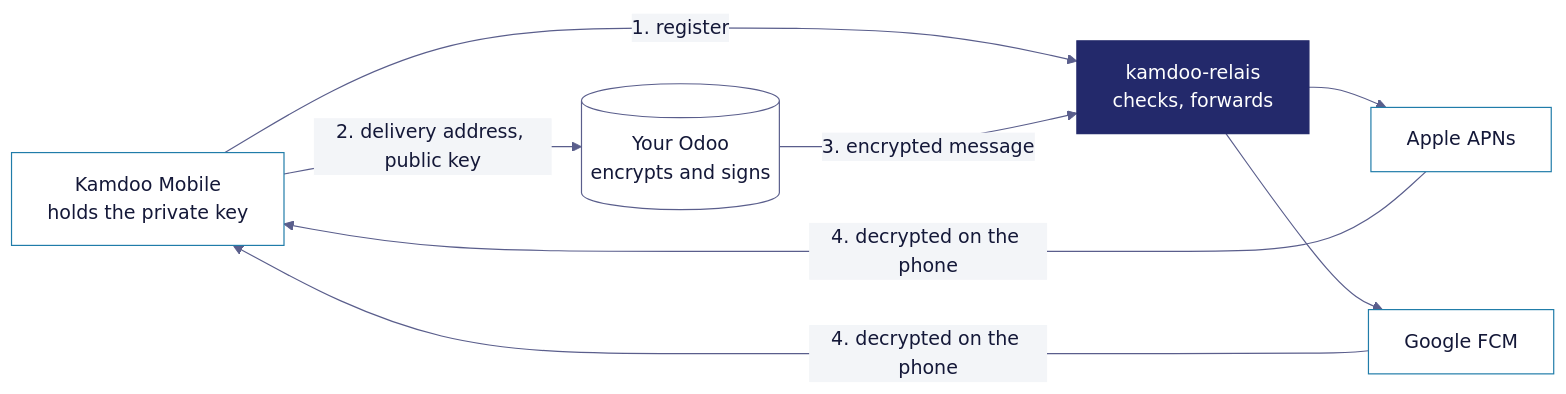
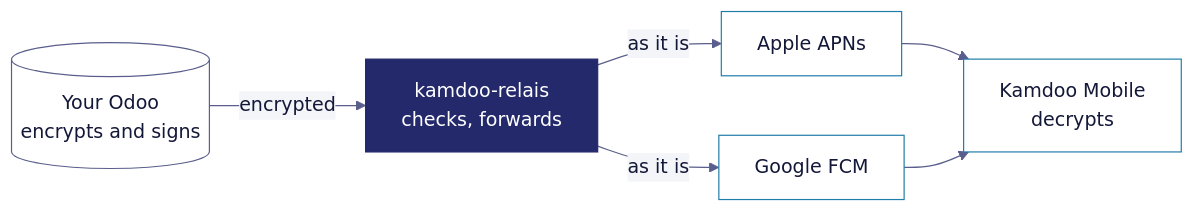
Before and after one commit to kamka-ai/kamdoo-relais: the diagram in README.md, drawn with Mermaid.

Commit message:
KAM-504: README diagram reduced to the path of one message, left to right (the wide loop read badly on GitHub)

````diff
--- a/README.md
+++ b/README.md
@@ -14,20 +14,18 @@
 ```mermaid
 %%{init: {"theme": "base", "themeVariables": {"primaryColor": "#FFFFFF", "primaryTextColor": "#141838", "primaryBorderColor": "#207CA9", "lineColor": "#5A5E8C", "secondaryColor": "#F3F5F8", "tertiaryColor": "#F3F5F8", "clusterBkg": "#F3F5F8", "clusterBorder": "#E1E4EE", "titleColor": "#23296B", "edgeLabelBackground": "#F3F5F8"}}}%%
 flowchart LR
-  phone["Kamdoo Mobile<br/>holds the private key"]
   odoo[("Your Odoo<br/>encrypts and signs")]
   relay["kamdoo-relais<br/>checks, forwards"]
   apple["Apple APNs"]
   google["Google FCM"]
-  phone -- "1. register" --> relay
-  phone -- "2. delivery address, public key" --> odoo
-  odoo -- "3. encrypted message" --> relay
-  relay --> apple & google
-  apple & google -- "4. decrypted on the phone" --> phone
+  phone["Kamdoo Mobile<br/>decrypts"]
+  odoo -- "encrypted" --> relay
+  relay -- "as it is" --> apple & google
+  apple & google --> phone
   classDef cle fill:#23296B,stroke:#23296B,color:#FFFFFF
   classDef surface fill:#FFFFFF,stroke:#207CA9,color:#141838
   classDef base fill:#FFFFFF,stroke:#5A5E8C,color:#141838
   class relay cle
   class phone,apple,google surface
   class odoo base
 ```
````
